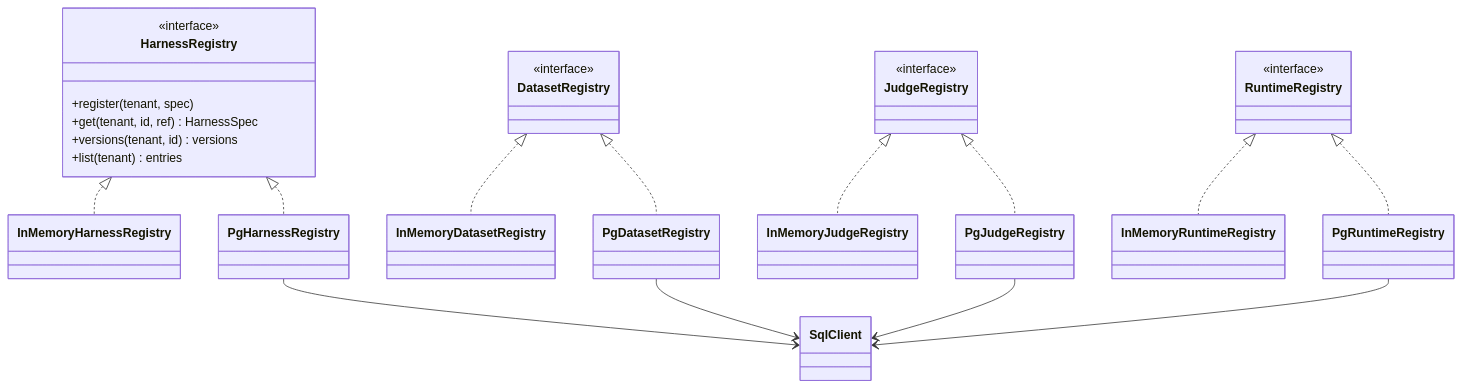
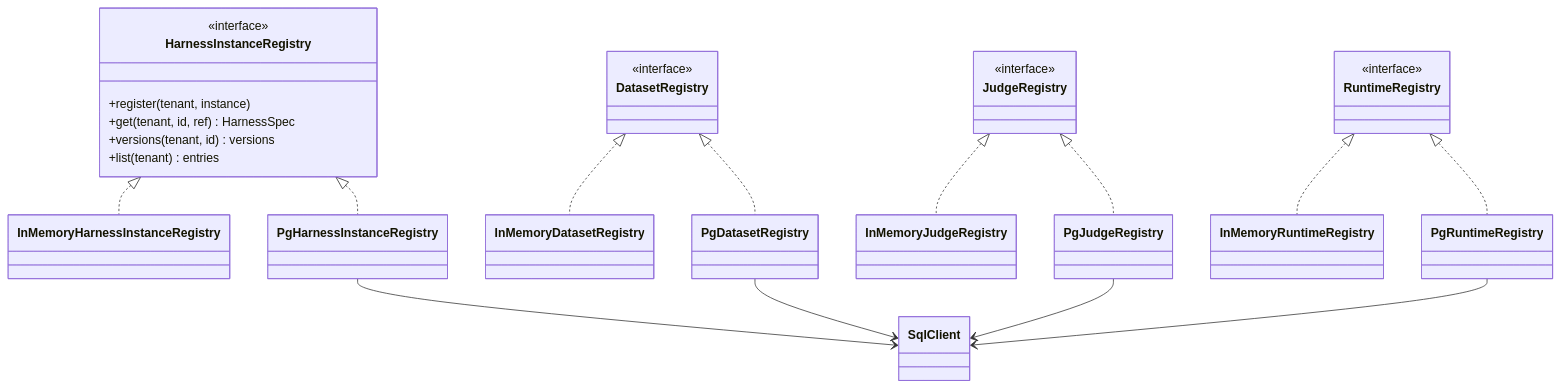
Diagram 20 of 24 in docs/architecture/collaboration.md (everdict/everdict), drawn with Mermaid before and after one commit. The commit also changed other lines of this file and 179 other files, not shown here.

````diff
--- a/docs/architecture/collaboration.md
+++ b/docs/architecture/collaboration.md
@@ -840,31 +903,31 @@
 ```mermaid
 classDiagram
-  class HarnessRegistry {
+  class HarnessInstanceRegistry {
     <<interface>>
-    +register(tenant, spec)
+    +register(tenant, instance)
     +get(tenant, id, ref) HarnessSpec
     +versions(tenant, id) versions
     +list(tenant) entries
   }
   class DatasetRegistry {
     <<interface>>
   }
   class JudgeRegistry {
     <<interface>>
   }
   class RuntimeRegistry {
     <<interface>>
   }
-  HarnessRegistry <|.. InMemoryHarnessRegistry
-  HarnessRegistry <|.. PgHarnessRegistry
+  HarnessInstanceRegistry <|.. InMemoryHarnessInstanceRegistry
+  HarnessInstanceRegistry <|.. PgHarnessInstanceRegistry
   DatasetRegistry <|.. InMemoryDatasetRegistry
   DatasetRegistry <|.. PgDatasetRegistry
   JudgeRegistry <|.. InMemoryJudgeRegistry
   JudgeRegistry <|.. PgJudgeRegistry
   RuntimeRegistry <|.. InMemoryRuntimeRegistry
   RuntimeRegistry <|.. PgRuntimeRegistry
-  PgHarnessRegistry --> SqlClient
+  PgHarnessInstanceRegistry --> SqlClient
   PgDatasetRegistry --> SqlClient
   PgJudgeRegistry --> SqlClient
   PgRuntimeRegistry --> SqlClient
 ```
````
